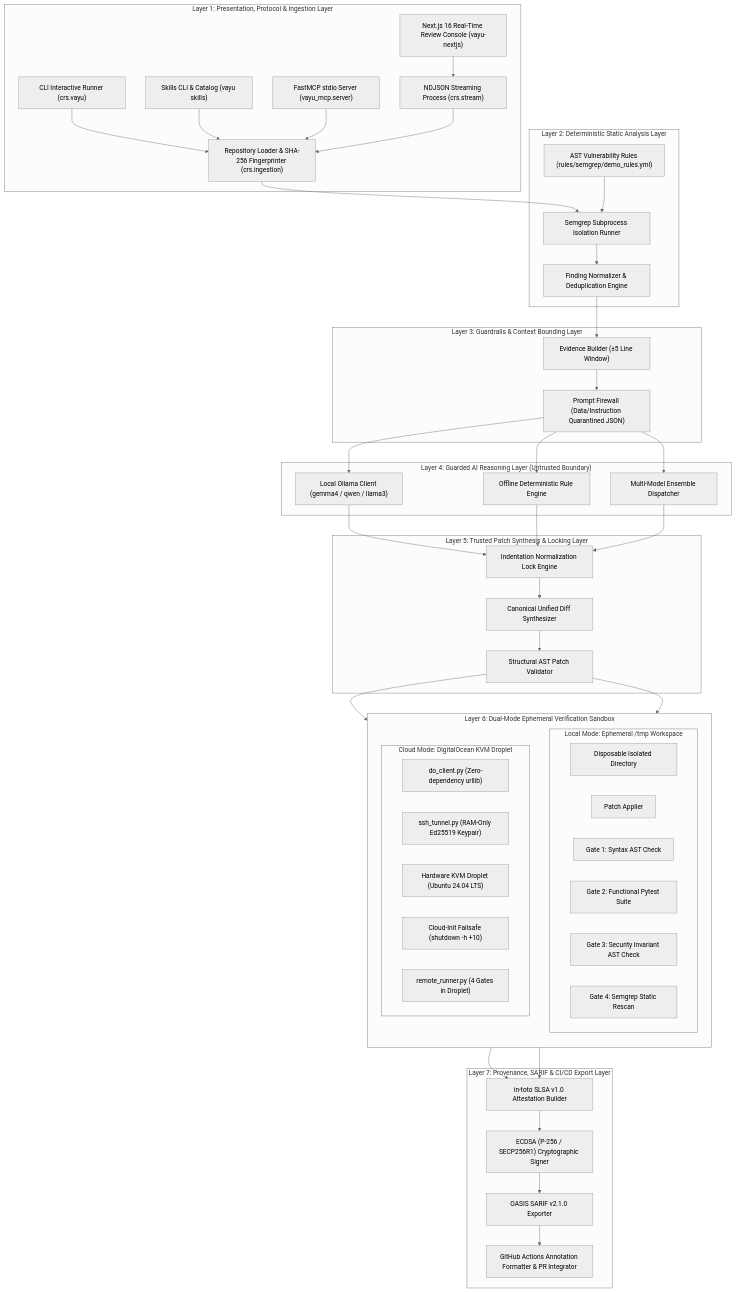
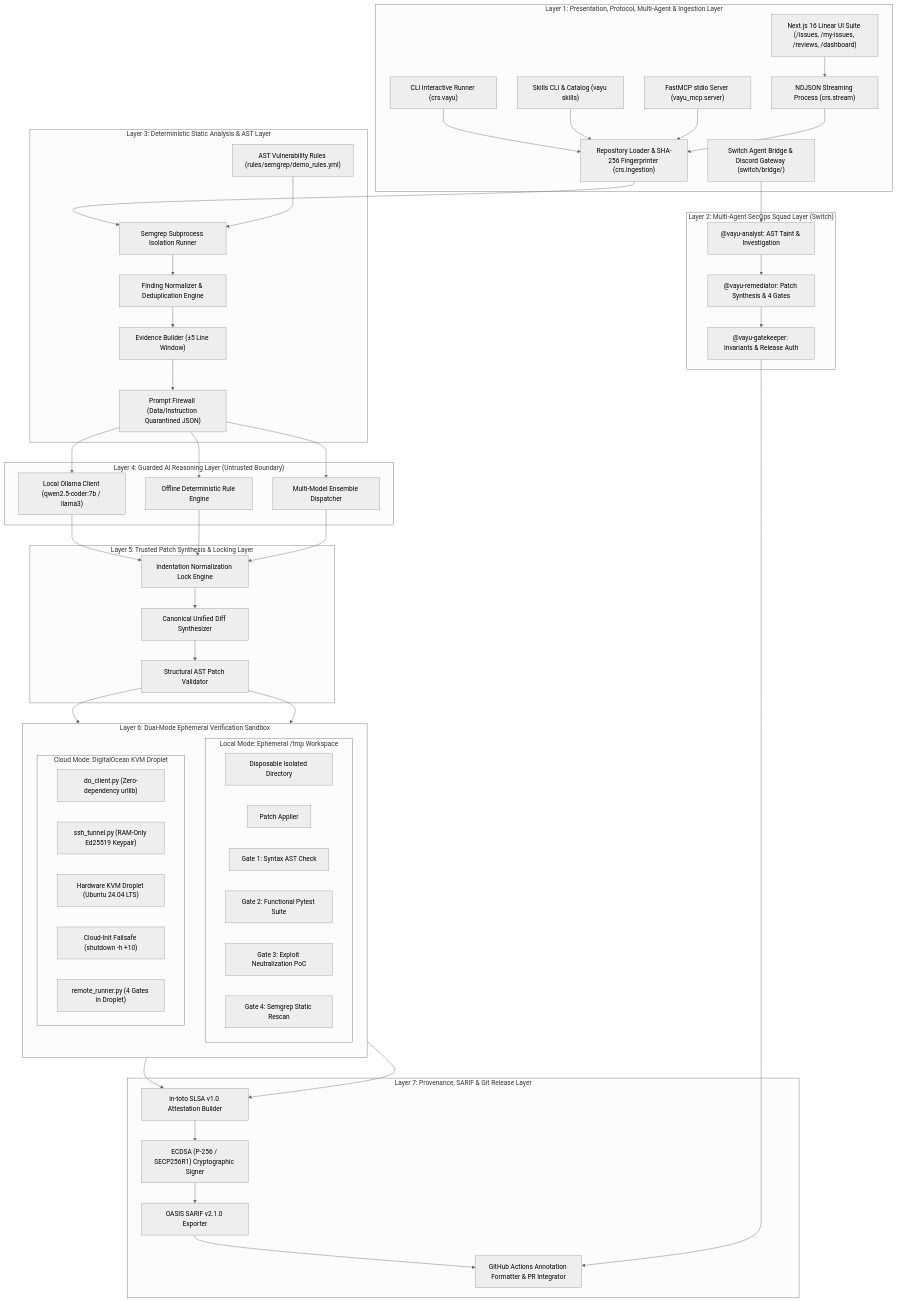
Before and after one commit to ayushkumar2601/vayu_switchup: the first of 5 diagrams in TECHNICAL_DOCUMENTATION.md, drawn with Mermaid (neutral theme). The commit also changed other lines of this file and 14 other files, not shown here.

Commit message:
docs: organize all markdown files into docs/, update README and TECHNICAL_DOCUMENTATION with Switch SecOps and Linear UI

````diff
--- a/TECHNICAL_DOCUMENTATION.md
+++ b/TECHNICAL_DOCUMENTATION.md
@@ -105,27 +115,31 @@
 ```mermaid
 flowchart TD
-    subgraph L1 ["Layer 1: Presentation, Protocol & Ingestion Layer"]
+    subgraph L1 ["Layer 1: Presentation, Protocol, Multi-Agent & Ingestion Layer"]
         CLI["CLI Interactive Runner (crs.vayu)"]
         SkillsCLI["Skills CLI & Catalog (vayu skills)"]
         MCPServer["FastMCP stdio Server (vayu_mcp.server)"]
-        WebDashboard["Next.js 16 Real-Time Review Console (vayu-nextjs)"]
+        SwitchBridge["Switch Agent Bridge & Discord Gateway (switch/bridge/)"]
+        WebDashboard["Next.js 16 Linear UI Suite (/issues, /my-issues, /reviews, /dashboard)"]
         StreamAPI["NDJSON Streaming Process (crs.stream)"]
         RepoLoader["Repository Loader & SHA-256 Fingerprinter (crs.ingestion)"]
     end
 
-    subgraph L2 ["Layer 2: Deterministic Static Analysis Layer"]
+    subgraph L2 ["Layer 2: Multi-Agent SecOps Squad Layer (Switch)"]
+        Analyst["@vayu-analyst: AST Taint & Investigation"]
+        Remediator["@vayu-remediator: Patch Synthesis & 4 Gates"]
+        Gatekeeper["@vayu-gatekeeper: Invariants & Release Auth"]
+    end
+
+    subgraph L3 ["Layer 3: Deterministic Static Analysis & AST Layer"]
         SemgrepRunner["Semgrep Subprocess Isolation Runner"]
         RuleCatalog["AST Vulnerability Rules (rules/semgrep/demo_rules.yml)"]
         Normalizer["Finding Normalizer & Deduplication Engine"]
-    end
-
-    subgraph L3 ["Layer 3: Guardrails & Context Bounding Layer"]
         EvidenceBuilder["Evidence Builder (±5 Line Window)"]
         PromptFirewall["Prompt Firewall (Data/Instruction Quarantined JSON)"]
     end
 
     subgraph L4 ["Layer 4: Guarded AI Reasoning Layer (Untrusted Boundary)"]
-        OllamaClient["Local Ollama Client (gemma4 / qwen / llama3)"]
+        OllamaClient["Local Ollama Client (qwen2.5-coder:7b / llama3)"]
         OfflineClient["Offline Deterministic Rule Engine"]
         EnsembleClient["Multi-Model Ensemble Dispatcher"]
     end
@@ -143,7 +157,7 @@
             LocalPatchApplier["Patch Applier"]
             Gate1L["Gate 1: Syntax AST Check"]
             Gate2L["Gate 2: Functional Pytest Suite"]
-            Gate3L["Gate 3: Security Invariant AST Check"]
+            Gate3L["Gate 3: Exploit Neutralization PoC"]
             Gate4L["Gate 4: Semgrep Static Rescan"]
         end
         subgraph CloudSandbox ["Cloud Mode: DigitalOcean KVM Droplet"]
@@ -155,7 +169,7 @@
         end
     end
 
-    subgraph L7 ["Layer 7: Provenance, SARIF & CI/CD Export Layer"]
+    subgraph L7 ["Layer 7: Provenance, SARIF & Git Release Layer"]
         SLSABuilder["in-toto SLSA v1.0 Attestation Builder"]
         ECDSASigner["ECDSA (P-256 / SECP256R1) Cryptographic Signer"]
         SARIFExporter["OASIS SARIF v2.1.0 Exporter"]
@@ -166,6 +180,9 @@
     CLI --> RepoLoader
     SkillsCLI --> RepoLoader
     MCPServer --> RepoLoader
+    SwitchBridge --> Analyst
+    Analyst --> Remediator
+    Remediator --> Gatekeeper
     WebDashboard --> StreamAPI
     StreamAPI --> RepoLoader
     RepoLoader --> SemgrepRunner
@@ -188,4 +205,5 @@
     SLSABuilder --> ECDSASigner
     ECDSASigner --> SARIFExporter
     SARIFExporter --> GHAction
+    Gatekeeper --> GHAction
 ```
````
